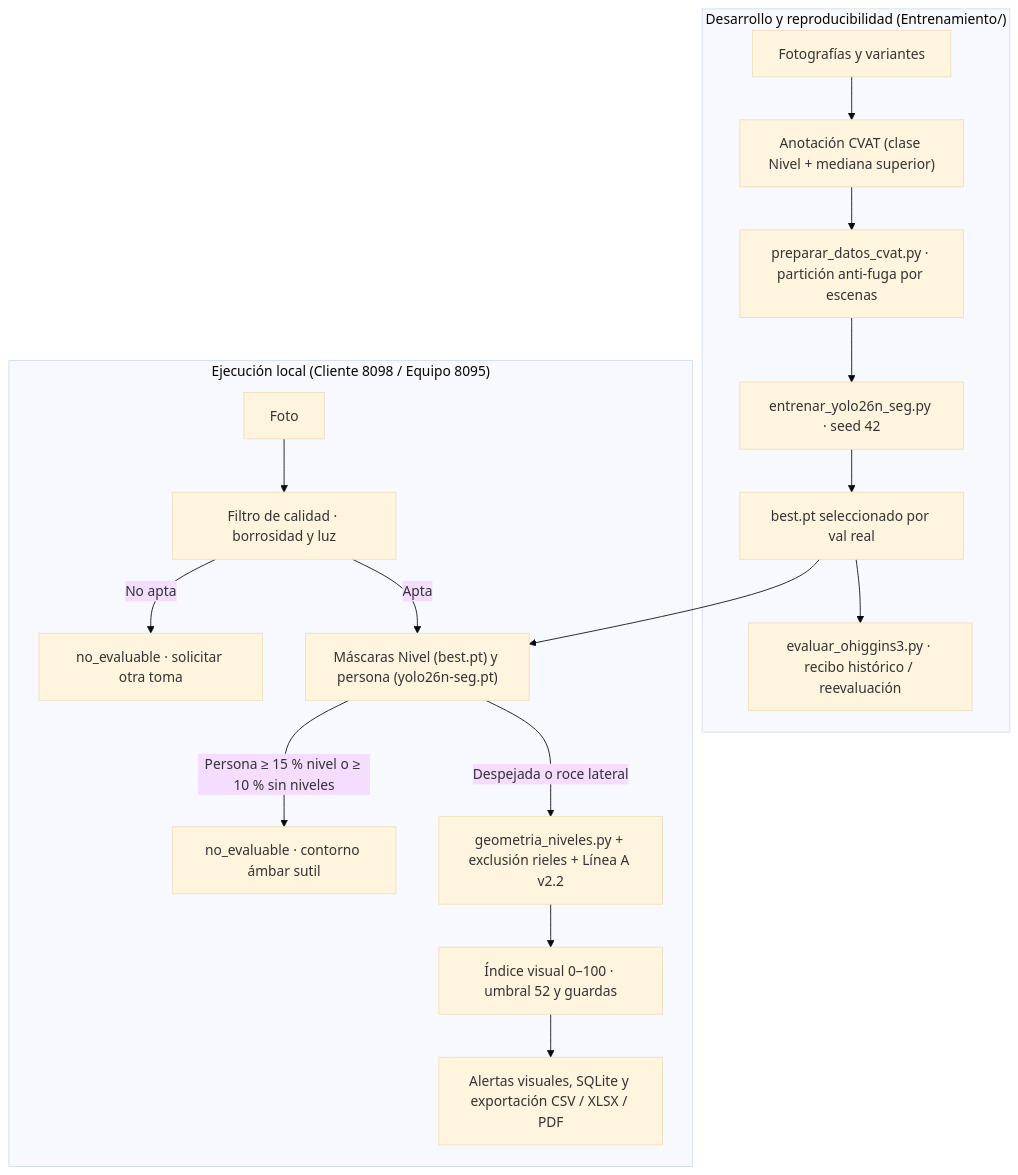
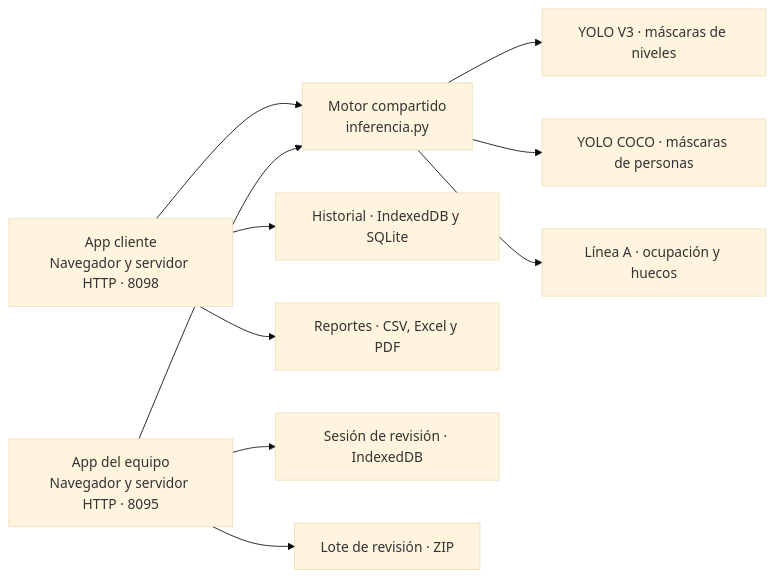
Before and after one commit to vcanio/Capstone2026: the first of 2 diagrams in README.md, drawn with Mermaid (base theme). The commit also changed other lines of this file and 22 other files, not shown here.

````diff
--- a/README.md
+++ b/README.md
@@ -227,20 +180,15 @@
 ```mermaid
-flowchart TB
-    subgraph Desarrollo["Desarrollo y reproducibilidad (Entrenamiento/)"]
-        A["Fotografías y variantes"] --> B["Anotación CVAT (clase Nivel + mediana superior)"]
-        B --> C["preparar_datos_cvat.py · partición anti-fuga por escenas"]
-        C --> D["entrenar_yolo26n_seg.py · seed 42"]
-        D --> E["best.pt seleccionado por val real"]
-        E --> T["evaluar_ohiggins3.py · recibo histórico / reevaluación"]
-    end
-    subgraph Aplicación["Ejecución local (Cliente 8098 / Equipo 8095)"]
-        F["Foto"] --> Q["Filtro de calidad · borrosidad y luz"]
-        Q -->|"No apta"| NE["no_evaluable · solicitar otra toma"]
-        Q -->|"Apta"| G["Máscaras Nivel (best.pt) y persona (yolo26n-seg.pt)"]
-        E --> G
-        G -->|"Persona ≥ 15 % nivel o ≥ 10 % sin niveles"| NEP["no_evaluable · contorno ámbar sutil"]
-        G -->|"Despejada o roce lateral"| H["geometria_niveles.py + exclusión rieles + Línea A v2.2"]
-        H --> I["Índice visual 0–100 · umbral 52 y guardas"]
-        I --> J["Alertas visuales, SQLite y exportación CSV / XLSX / PDF"]
-    end
+flowchart LR
+    C["App cliente<br/>Navegador y servidor HTTP · 8098"]
+    E["App del equipo<br/>Navegador y servidor HTTP · 8095"]
+    M["Motor compartido<br/>inferencia.py"]
+    C --> M
+    E --> M
+    M --> Y["YOLO V3 · máscaras de niveles"]
+    M --> P["YOLO COCO · máscaras de personas"]
+    M --> L["Línea A · ocupación y huecos"]
+    C --> H["Historial · IndexedDB y SQLite"]
+    C --> R["Reportes · CSV, Excel y PDF"]
+    E --> S["Sesión de revisión · IndexedDB"]
+    E --> Z["Lote de revisión · ZIP"]
 ```
````
